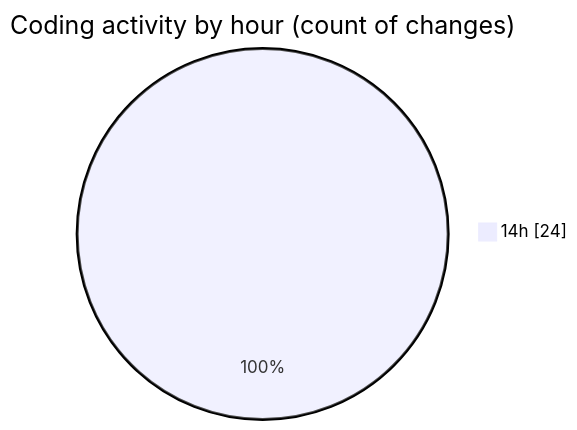
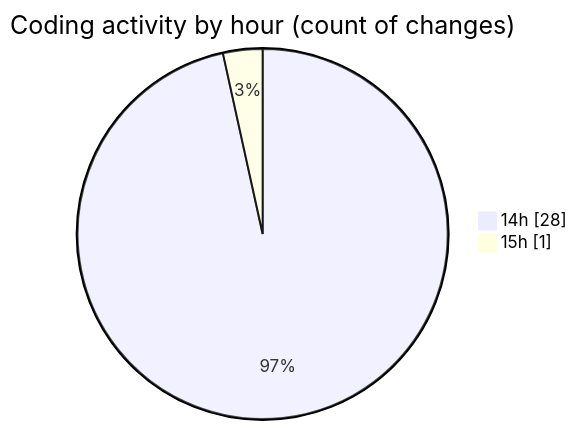
Before and after one commit to momahboobian/code-tracking: the second of 2 diagrams in 2025-03-02/cda/README.md, drawn with Mermaid. The commit also changed other lines of this file and 1 other file, not shown here.

````diff
--- a/2025-03-02/cda/README.md
+++ b/2025-03-02/cda/README.md
@@ -29,5 +29,6 @@
 ```mermaid
 pie showData
 title Coding activity by hour (count of changes)
-"14h" : 24
+"14h" : 28
+"15h" : 1
 ```
````
